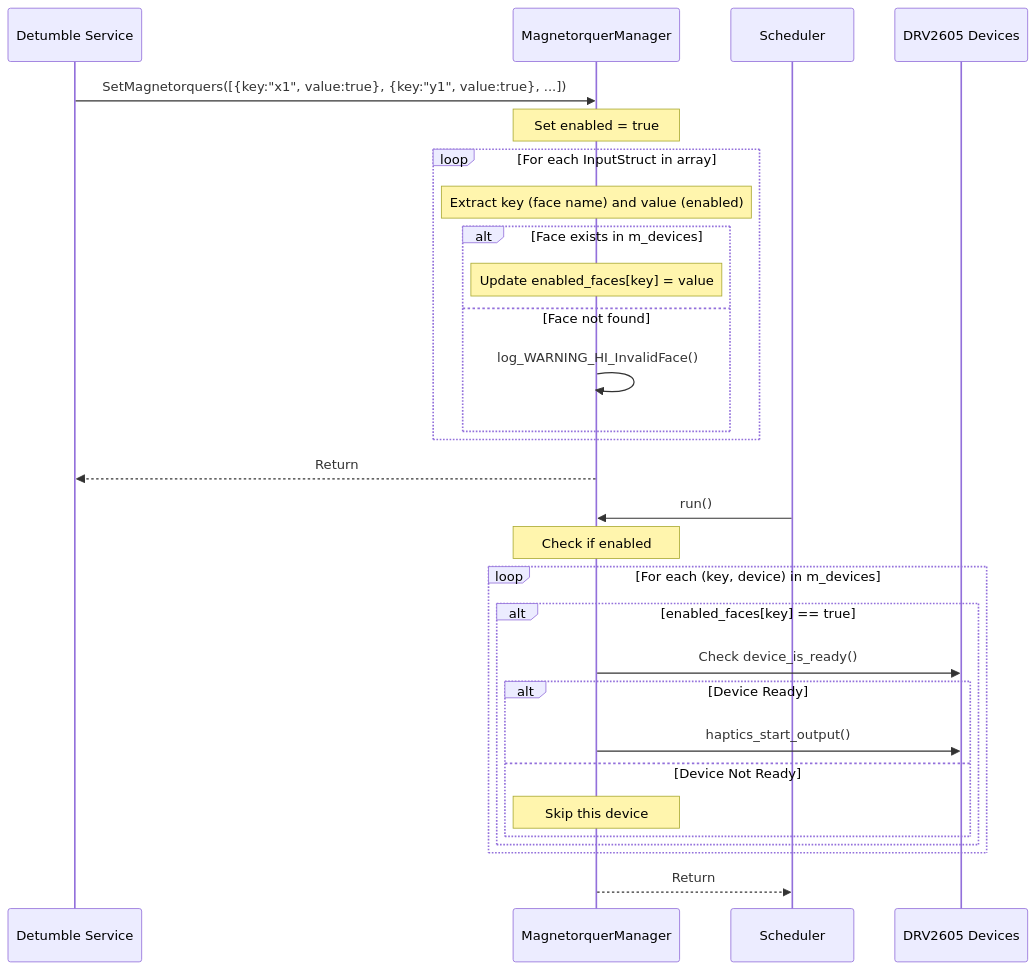
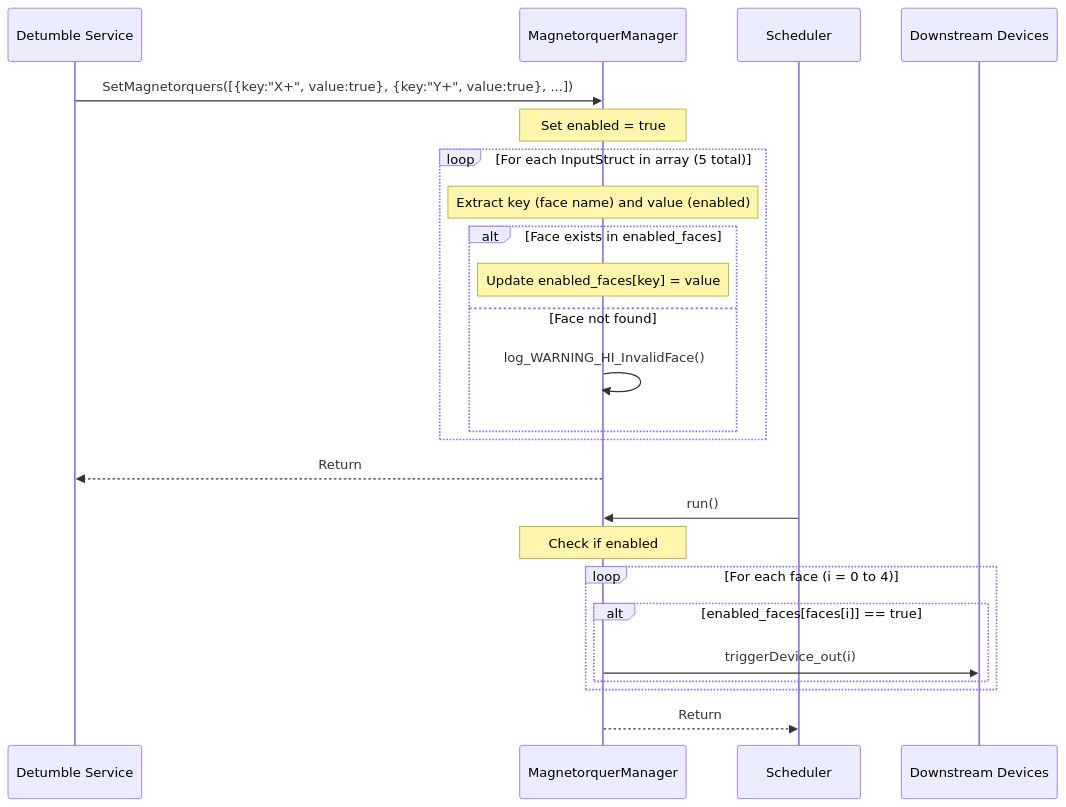
The fourth of 5 diagrams in FprimeZephyrReference/Components/MagnetorquerManager/docs/sdd.md (Open-Source-Space-Foundation/proves-core-reference), drawn with Mermaid before and after one commit. The commit also changed other lines of this file and 1 other file, not shown here.

````diff
--- a/FprimeZephyrReference/Components/MagnetorquerManager/docs/sdd.md
+++ b/FprimeZephyrReference/Components/MagnetorquerManager/docs/sdd.md
@@ -76,33 +103,28 @@
 ```mermaid
 sequenceDiagram
     participant DS as Detumble Service
     participant MM as MagnetorquerManager
     participant Sched as Scheduler
-    participant DRV as DRV2605 Devices
+    participant DEV as Downstream Devices
 
-    DS->>MM: SetMagnetorquers([{key:"x1", value:true}, {key:"y1", value:true}, ...])
+    DS->>MM: SetMagnetorquers([{key:"X+", value:true}, {key:"Y+", value:true}, ...])
     Note over MM: Set enabled = true
-    loop For each InputStruct in array
+    loop For each InputStruct in array (5 total)
         Note over MM: Extract key (face name) and value (enabled)
-        alt Face exists in m_devices
+        alt Face exists in enabled_faces
             Note over MM: Update enabled_faces[key] = value
         else Face not found
             MM->>MM: log_WARNING_HI_InvalidFace()
         end
     end
     MM-->>DS: Return
 
     Sched->>MM: run()
     Note over MM: Check if enabled
-    loop For each (key, device) in m_devices
-        alt enabled_faces[key] == true
-            MM->>DRV: Check device_is_ready()
-            alt Device Ready
-                MM->>DRV: haptics_start_output()
-            else Device Not Ready
-                Note over MM: Skip this device
-            end
+    loop For each face (i = 0 to 4)
+        alt enabled_faces[faces[i]] == true
+            MM->>DEV: triggerDevice_out(i)
         end
     end
     MM-->>Sched: Return
 ```
````
